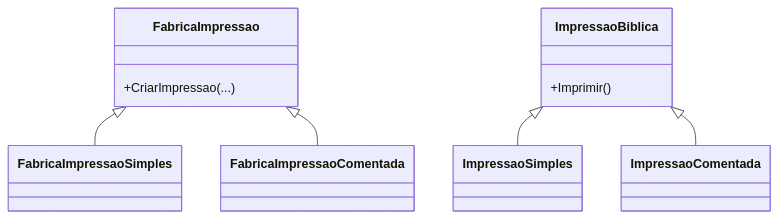
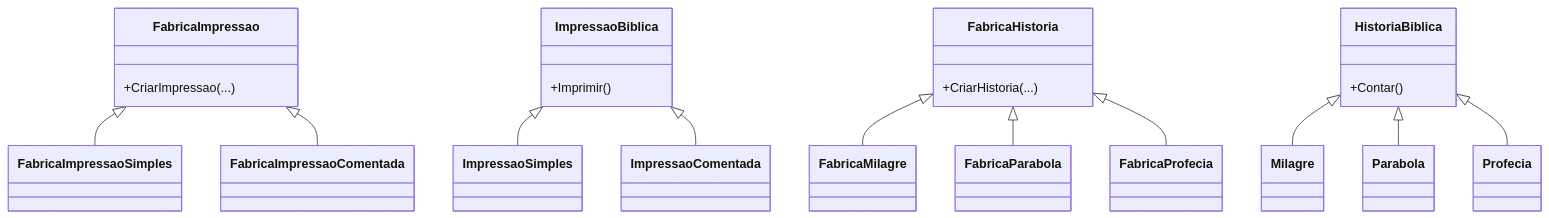
The diagram in FactoryMethod/README.md (alexdevelopnet/GofPatternsCSharp), drawn with Mermaid before and after one commit. The commit also changed other lines of this file and 11 other files, not shown here.

````diff
--- a/FactoryMethod/README.md
+++ b/FactoryMethod/README.md
@@ -61,9 +88,18 @@
 ```mermaid
 classDiagram
     FabricaImpressao <|-- FabricaImpressaoSimples
     FabricaImpressao <|-- FabricaImpressaoComentada
     ImpressaoBiblica <|-- ImpressaoSimples
     ImpressaoBiblica <|-- ImpressaoComentada
     FabricaImpressao : +CriarImpressao(...)
     ImpressaoBiblica : +Imprimir()
+
+    FabricaHistoria <|-- FabricaMilagre
+    FabricaHistoria <|-- FabricaParabola
+    FabricaHistoria <|-- FabricaProfecia
+    HistoriaBiblica <|-- Milagre
+    HistoriaBiblica <|-- Parabola
+    HistoriaBiblica <|-- Profecia
+    FabricaHistoria : +CriarHistoria(...)
+    HistoriaBiblica : +Contar()
 ```
````
